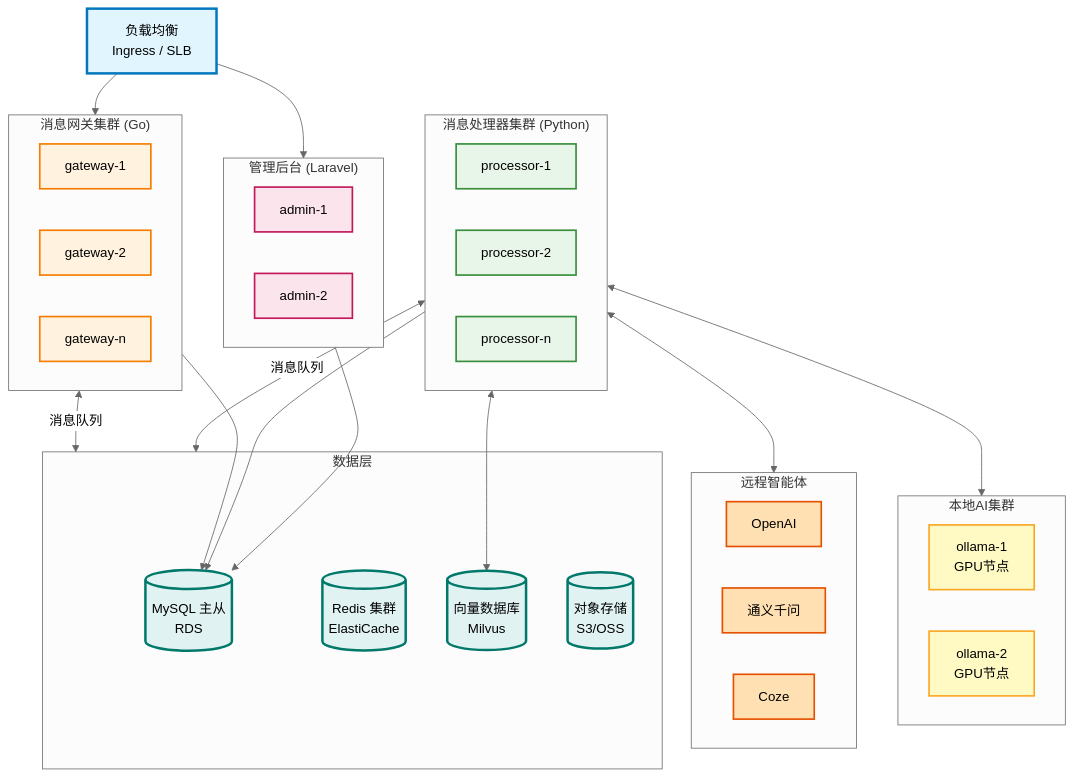
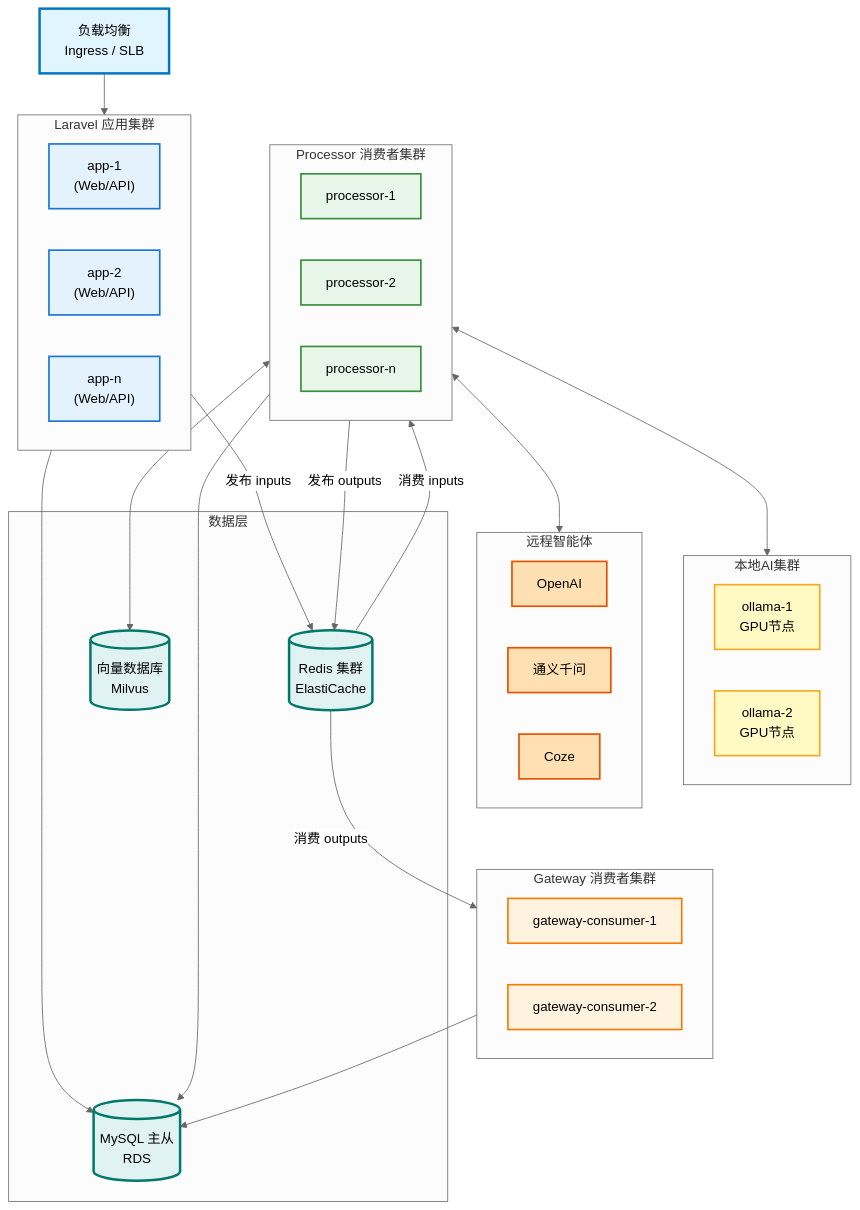
One commit to liushoukun/huizhida-chatbot changed diagram 17 of 18 in docs/requirements.md. Above: the diagram before and after it, drawn with Mermaid (neutral theme). The commit also changed other lines of this file and 33 other files, not shown here.

````diff
--- a/docs/requirements.md
+++ b/docs/requirements.md
@@ -2681,71 +2087,71 @@
 ```mermaid
 flowchart TB
     LB["负载均衡<br/>Ingress / SLB"]
     
-    subgraph GatewayCluster["消息网关集群 (Go)"]
-        GW1["gateway-1"]
-        GW2["gateway-2"]
-        GWN["gateway-n"]
+    subgraph AppCluster["Laravel 应用集群"]
+        App1["app-1<br/>(Web/API)"]
+        App2["app-2<br/>(Web/API)"]
+        AppN["app-n<br/>(Web/API)"]
     end
     
-    subgraph ProcessorCluster["消息处理器集群 (Python)"]
+    subgraph ProcessorCluster["Processor 消费者集群"]
         Proc1["processor-1"]
         Proc2["processor-2"]
         ProcN["processor-n"]
     end
     
-    subgraph AdminCluster["管理后台 (Laravel)"]
-        Admin1["admin-1"]
-        Admin2["admin-2"]
+    subgraph GatewayConsumerCluster["Gateway 消费者集群"]
+        GWC1["gateway-consumer-1"]
+        GWC2["gateway-consumer-2"]
     end
     
     subgraph LocalAICluster["本地AI集群"]
         Ollama1["ollama-1<br/>GPU节点"]
         Ollama2["ollama-2<br/>GPU节点"]
     end
     
     subgraph RemoteAI["远程智能体"]
         OpenAI["OpenAI"]
         Qwen["通义千问"]
         Coze["Coze"]
     end
     
     subgraph DataLayer["数据层"]
         MySQL[("MySQL 主从<br/>RDS")]
         Redis[("Redis 集群<br/>ElastiCache")]
         VectorDB[("向量数据库<br/>Milvus")]
-        OSS[("对象存储<br/>S3/OSS")]
     end
     
-    LB --> GatewayCluster
-    LB --> AdminCluster
+    LB --> AppCluster
     
-    GatewayCluster <-->|消息队列| DataLayer
-    ProcessorCluster <-->|消息队列| DataLayer
+    AppCluster -->|"发布 inputs"| Redis
+    Redis -->|"消费 inputs"| ProcessorCluster
+    ProcessorCluster -->|"发布 outputs"| Redis
+    Redis -->|"消费 outputs"| GatewayConsumerCluster
     
     ProcessorCluster <--> LocalAICluster
     ProcessorCluster <--> RemoteAI
     ProcessorCluster <--> VectorDB
     
-    GatewayCluster --> MySQL
+    AppCluster --> MySQL
     ProcessorCluster --> MySQL
-    AdminCluster --> MySQL
+    GatewayConsumerCluster --> MySQL
 
     %% 样式定义
     classDef lbStyle fill:#E1F5FE,stroke:#0277BD,stroke-width:3px,color:#000
+    classDef appStyle fill:#E3F2FD,stroke:#1976D2,stroke-width:2px,color:#000
+    classDef processorStyle fill:#E8F5E9,stroke:#388E3C,stroke-width:2px,color:#000
     classDef gatewayStyle fill:#FFF3E0,stroke:#F57C00,stroke-width:2px,color:#000
-    classDef processorStyle fill:#E8F5E9,stroke:#388E3C,stroke-width:2px,color:#000
-    classDef adminStyle fill:#FCE4EC,stroke:#C2185B,stroke-width:2px,color:#000
     classDef localAIStyle fill:#FFF9C4,stroke:#F9A825,stroke-width:2px,color:#000
     classDef remoteAIStyle fill:#FFE0B2,stroke:#E65100,stroke-width:2px,color:#000
     classDef dbStyle fill:#E0F2F1,stroke:#00796B,stroke-width:3px,color:#000
 
     %% 应用样式
     class LB lbStyle
-    class GW1,GW2,GWN gatewayStyle
+    class App1,App2,AppN appStyle
     class Proc1,Proc2,ProcN processorStyle
-    class Admin1,Admin2 adminStyle
+    class GWC1,GWC2 gatewayStyle
     class Ollama1,Ollama2 localAIStyle
     class OpenAI,Qwen,Coze remoteAIStyle
-    class MySQL,Redis,VectorDB,OSS dbStyle
+    class MySQL,Redis,VectorDB dbStyle
 ```
````
